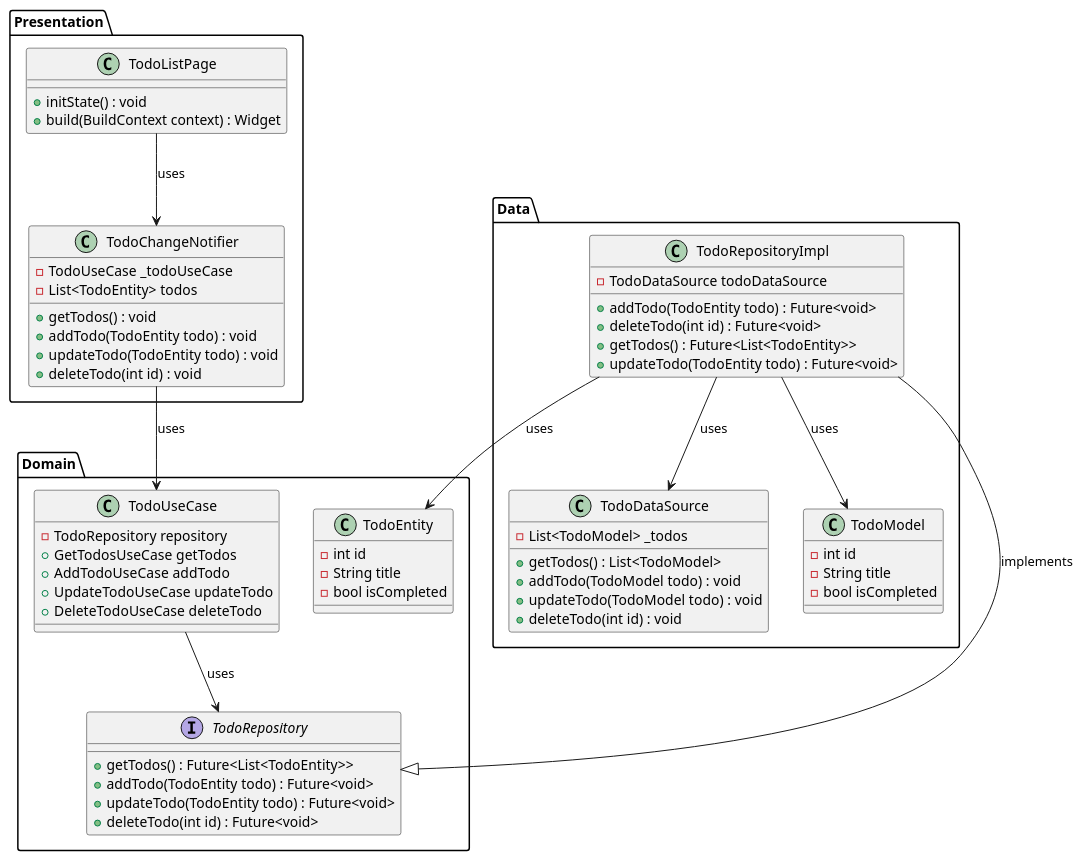
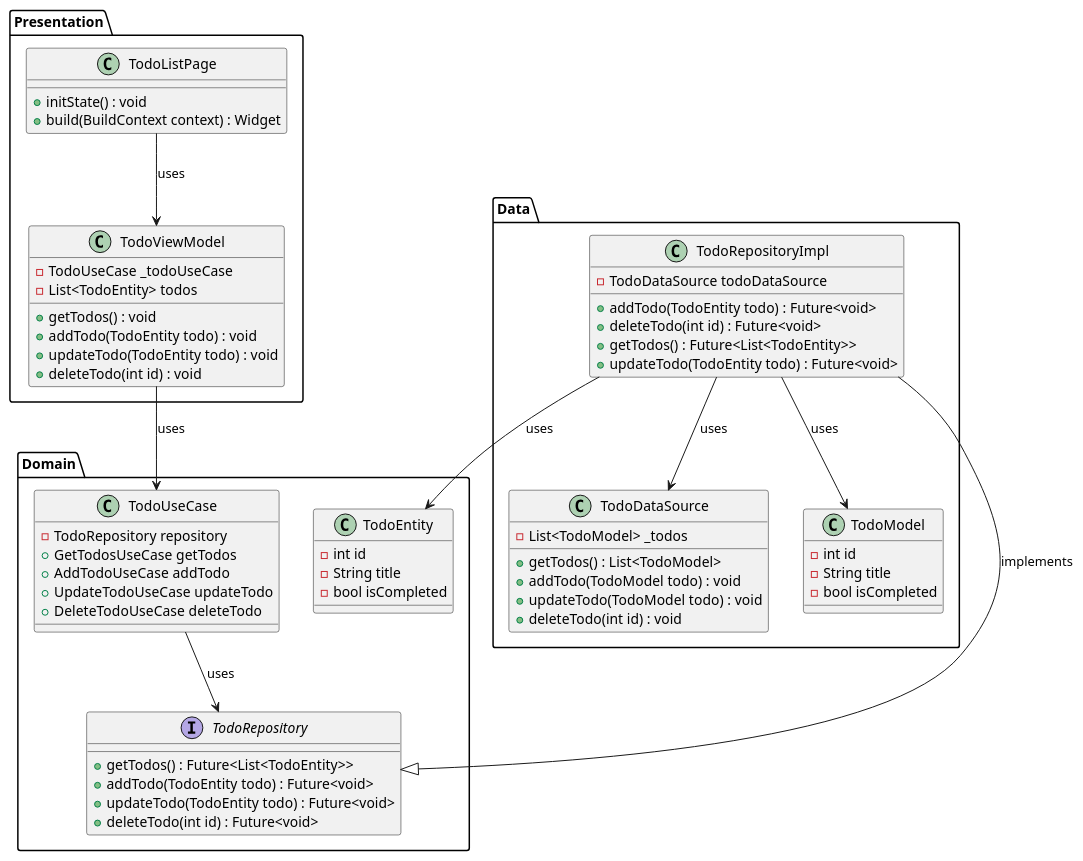
Before and after one commit to DaoVanTung/todo_list_with_ca: the diagram in screenshots/clean_architecture.puml, drawn with PlantUML. The commit also changed 8 other files, not shown here.

```diff
--- a/screenshots/clean_architecture.puml
+++ b/screenshots/clean_architecture.puml
@@ -1,68 +1,68 @@
 @startuml Clean Architecture
 package "Presentation" {
-  class "TodoChangeNotifier" {
+  class "TodoViewModel" {
     - TodoUseCase _todoUseCase
     - List<TodoEntity> todos
     + getTodos() : void
     + addTodo(TodoEntity todo) : void
     + updateTodo(TodoEntity todo) : void
     + deleteTodo(int id) : void
   }
   class "TodoListPage" {
     + initState() : void
     + build(BuildContext context) : Widget
   }
 }
 
 package "Domain" {
   class "TodoEntity" {
     - int id
     - String title
     - bool isCompleted
   }
   interface "TodoRepository" {
     + getTodos() : Future<List<TodoEntity>>
     + addTodo(TodoEntity todo) : Future<void>
     + updateTodo(TodoEntity todo) : Future<void>
     + deleteTodo(int id) : Future<void>
   }
   class "TodoUseCase" {
     - TodoRepository repository
     + GetTodosUseCase getTodos
     + AddTodoUseCase addTodo
     + UpdateTodoUseCase updateTodo
     + DeleteTodoUseCase deleteTodo
   }
 }
 
 package "Data" {
   class "TodoDataSource" {
     - List<TodoModel> _todos
     + getTodos() : List<TodoModel>
     + addTodo(TodoModel todo) : void
     + updateTodo(TodoModel todo) : void
     + deleteTodo(int id) : void
   }
   class "TodoRepositoryImpl" {
     - TodoDataSource todoDataSource
     + addTodo(TodoEntity todo) : Future<void>
     + deleteTodo(int id) : Future<void>
     + getTodos() : Future<List<TodoEntity>>
     + updateTodo(TodoEntity todo) : Future<void>
   }
   class "TodoModel" {
     - int id
     - String title
     - bool isCompleted
   }
 }
 
-"TodoChangeNotifier" --> "TodoUseCase" : uses
-"TodoListPage" --> "TodoChangeNotifier" : uses
+"TodoViewModel" --> "TodoUseCase" : uses
+"TodoListPage" --> "TodoViewModel" : uses
 "TodoUseCase" --> "TodoRepository" : uses
 "TodoRepositoryImpl" -up-|> "TodoRepository" : implements
 "TodoRepositoryImpl" --> "TodoDataSource" : uses
 "TodoRepositoryImpl" --> "TodoEntity" : uses
 "TodoRepositoryImpl" --> "TodoModel" : uses
 
 @enduml
```
